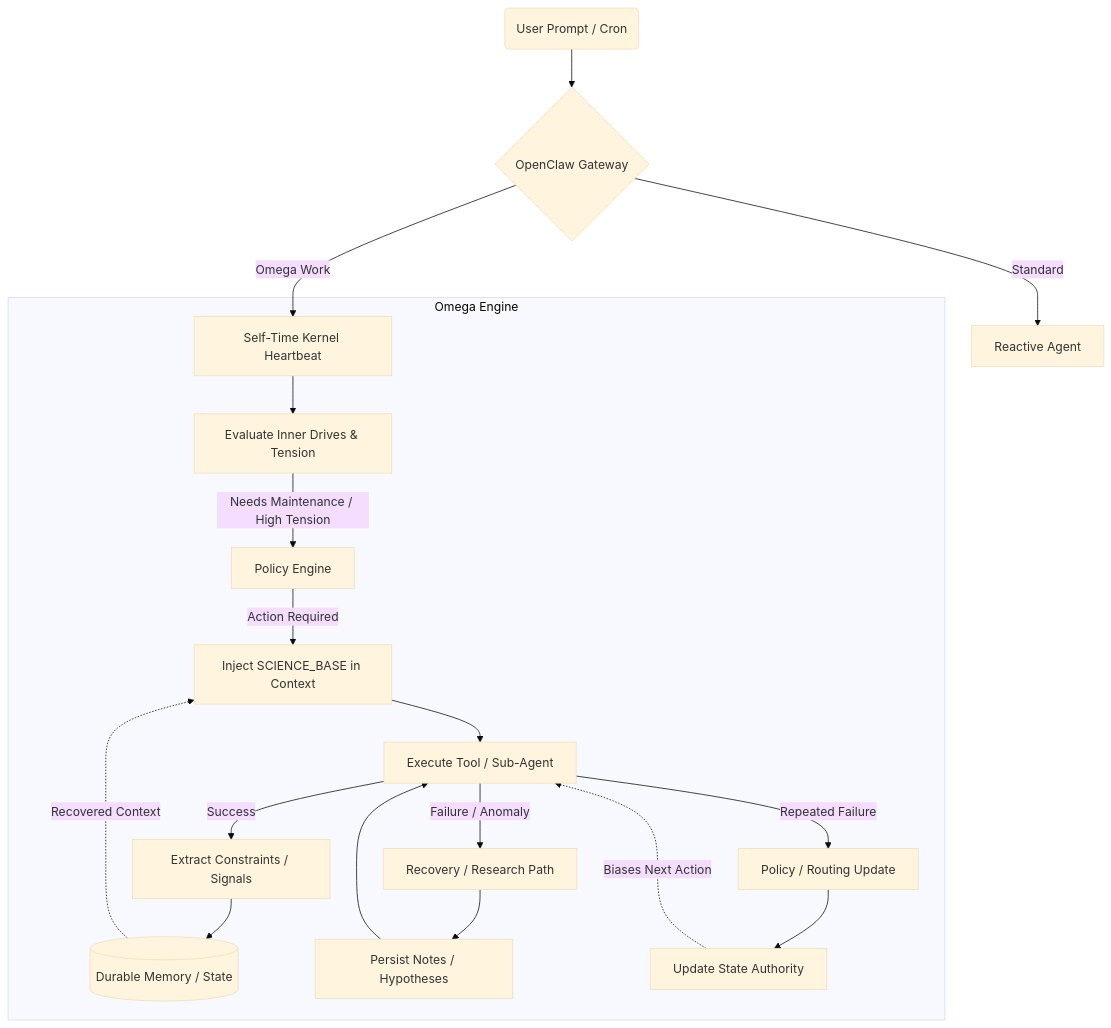
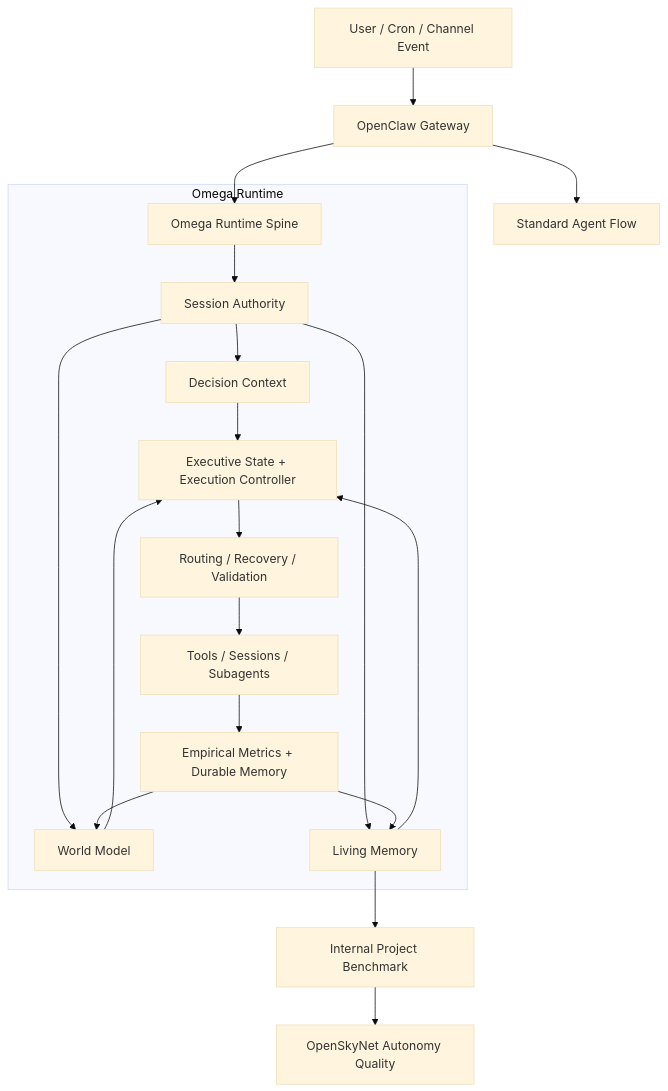
The diagram in README.md (skynet-omega/openskynet), drawn with Mermaid (base theme) before and after one commit. The commit also changed other lines of this file and 65 other files, not shown here.

Commit message:
Realign internal project benchmark and consolidate omega runtime authority

````diff
--- a/README.md
+++ b/README.md
@@ -32,30 +43,26 @@
 ```mermaid
 graph TD
-    %% Base Infrastructure
-    User(User Prompt / Cron) --> Router{OpenClaw Gateway}
-    Router --> |Standard| Agent[Reactive Agent]
+    User[User / Cron / Channel Event] --> Gateway[OpenClaw Gateway]
+    Gateway --> Agent[Standard Agent Flow]
+    Gateway --> Omega[Omega Runtime Spine]
 
-    %% Omega Autonomous Flow
-    Router --> |Omega Work| Heartbeat[Self-Time Kernel Heartbeat]
+    subgraph Omega Runtime
+        Omega --> Session[Session Authority]
+        Session --> Decision[Decision Context]
+        Session --> World[World Model]
+        Session --> Living[Living Memory]
 
-    subgraph Omega Engine
-        Heartbeat --> Drives[Evaluate Inner Drives & Tension]
-        Drives --> |Needs Maintenance / High Tension| Policy[Policy Engine]
+        Decision --> Executive[Executive State + Execution Controller]
+        World --> Executive
+        Living --> Executive
 
-        Policy --> |Action Required| Memory[Inject SCIENCE_BASE in Context]
-        Memory --> Action[Execute Tool / Sub-Agent]
-
-        Action --> |Success| Extract[Extract Constraints / Signals]
-        Extract --> ScienceBase[(Durable Memory / State)]
-
-        Action --> |Failure / Anomaly| Research[Recovery / Research Path]
-        Research --> Notes[Persist Notes / Hypotheses]
-        Notes --> Action
-
-        Action --> |Repeated Failure| Routing[Policy / Routing Update]
-        Routing --> Rule[Update State Authority]
+        Executive --> Route[Routing / Recovery / Validation]
+        Route --> Work[Tools / Sessions / Subagents]
+        Work --> Metrics[Empirical Metrics + Durable Memory]
+        Metrics --> World
+        Metrics --> Living
     end
 
-    Rule -.-> |Biases Next Action| Action
-    ScienceBase -.-> |Recovered Context| Memory
+    Living --> Internal[Internal Project Benchmark]
+    Internal --> OpenSkyNet[OpenSkyNet Autonomy Quality]
 ```
````
